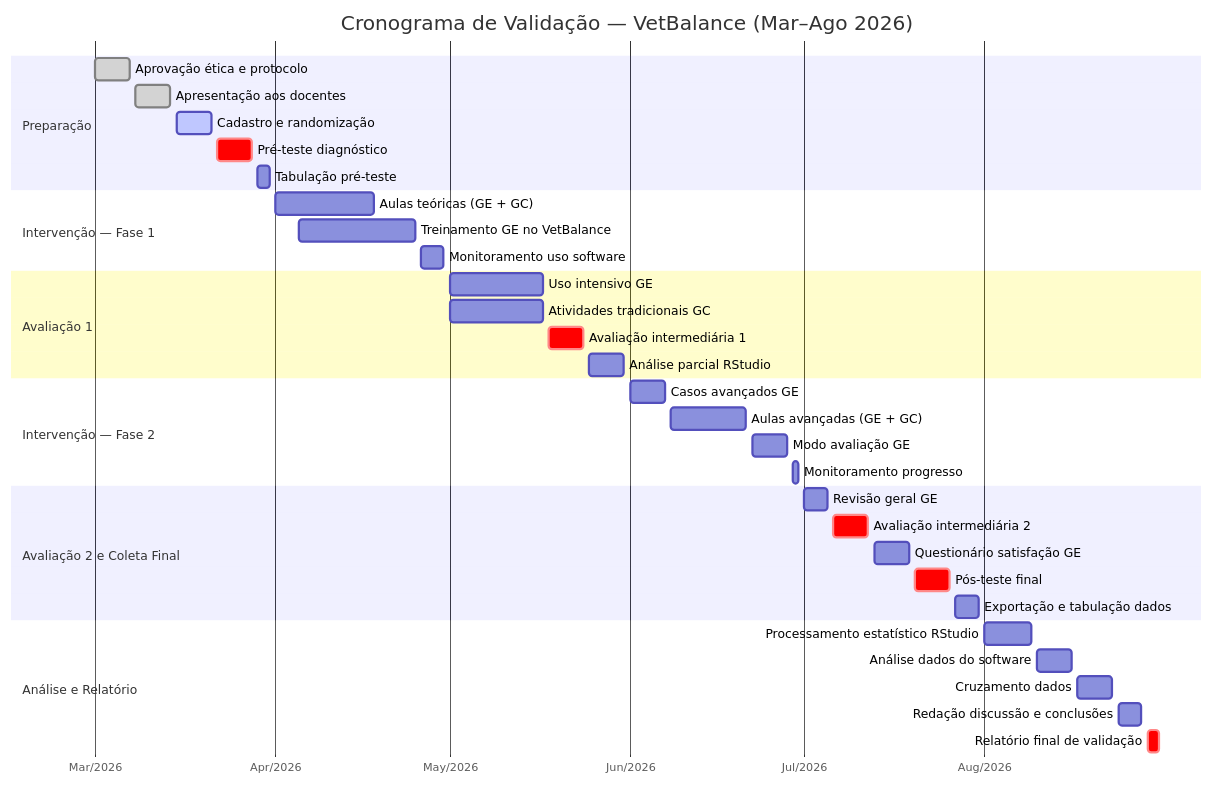
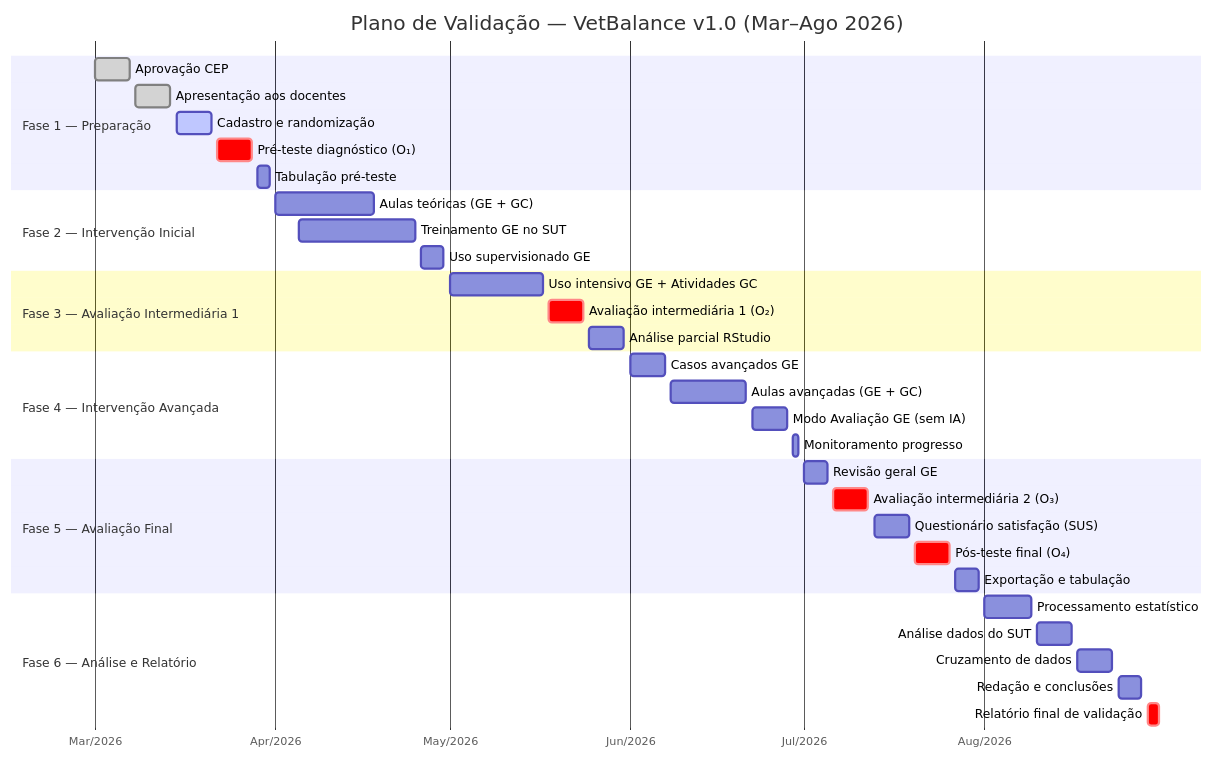
The diagram in CRONOGRAMA_VALIDACAO.md (KyoFaBraL/vet-sim-buddy), drawn with Mermaid before and after one commit. The commit also changed other lines of this file, not shown here.

````diff
--- a/CRONOGRAMA_VALIDACAO.md
+++ b/CRONOGRAMA_VALIDACAO.md
@@ -173,44 +271,43 @@
 ```mermaid
 gantt
-    title Cronograma de Validação — VetBalance (Mar–Ago 2026)
+    title Plano de Validação — VetBalance v1.0 (Mar–Ago 2026)
     dateFormat  YYYY-MM-DD
     axisFormat  %b/%Y
 
-    section Preparação
-    Aprovação ética e protocolo       :done, prep1, 2026-03-01, 2026-03-07
-    Apresentação aos docentes         :done, prep2, 2026-03-08, 2026-03-14
-    Cadastro e randomização           :active, prep3, 2026-03-15, 2026-03-21
-    Pré-teste diagnóstico             :crit, pre1, 2026-03-22, 2026-03-28
-    Tabulação pré-teste               :prep4, 2026-03-29, 2026-03-31
+    section Fase 1 — Preparação
+    Aprovação CEP                     :done, f1a, 2026-03-01, 2026-03-07
+    Apresentação aos docentes         :done, f1b, 2026-03-08, 2026-03-14
+    Cadastro e randomização           :active, f1c, 2026-03-15, 2026-03-21
+    Pré-teste diagnóstico (O₁)       :crit, f1d, 2026-03-22, 2026-03-28
+    Tabulação pré-teste               :f1e, 2026-03-29, 2026-03-31
 
-    section Intervenção — Fase 1
-    Aulas teóricas (GE + GC)          :aula1, 2026-04-01, 2026-04-18
-    Treinamento GE no VetBalance      :ge1, 2026-04-05, 2026-04-25
-    Monitoramento uso software        :mon1, 2026-04-26, 2026-04-30
+    section Fase 2 — Intervenção Inicial
+    Aulas teóricas (GE + GC)          :f2a, 2026-04-01, 2026-04-18
+    Treinamento GE no SUT             :f2b, 2026-04-05, 2026-04-25
+    Uso supervisionado GE             :f2c, 2026-04-26, 2026-04-30
 
-    section Avaliação 1
-    Uso intensivo GE                  :ge2, 2026-05-01, 2026-05-17
-    Atividades tradicionais GC        :gc1, 2026-05-01, 2026-05-17
-    Avaliação intermediária 1         :crit, av1, 2026-05-18, 2026-05-24
-    Análise parcial RStudio           :ana1, 2026-05-25, 2026-05-31
+    section Fase 3 — Avaliação Intermediária 1
+    Uso intensivo GE + Atividades GC  :f3a, 2026-05-01, 2026-05-17
+    Avaliação intermediária 1 (O₂)   :crit, f3b, 2026-05-18, 2026-05-24
+    Análise parcial RStudio           :f3c, 2026-05-25, 2026-05-31
 
-    section Intervenção — Fase 2
-    Casos avançados GE                :ge3, 2026-06-01, 2026-06-07
-    Aulas avançadas (GE + GC)         :aula2, 2026-06-08, 2026-06-21
-    Modo avaliação GE                 :ge4, 2026-06-22, 2026-06-28
-    Monitoramento progresso           :mon2, 2026-06-29, 2026-06-30
+    section Fase 4 — Intervenção Avançada
+    Casos avançados GE                :f4a, 2026-06-01, 2026-06-07
+    Aulas avançadas (GE + GC)         :f4b, 2026-06-08, 2026-06-21
+    Modo Avaliação GE (sem IA)        :f4c, 2026-06-22, 2026-06-28
+    Monitoramento progresso           :f4d, 2026-06-29, 2026-06-30
 
-    section Avaliação 2 e Coleta Final
-    Revisão geral GE                  :ge5, 2026-07-01, 2026-07-05
-    Avaliação intermediária 2         :crit, av2, 2026-07-06, 2026-07-12
-    Questionário satisfação GE        :quest, 2026-07-13, 2026-07-19
-    Pós-teste final                   :crit, pos1, 2026-07-20, 2026-07-26
-    Exportação e tabulação dados      :exp1, 2026-07-27, 2026-07-31
+    section Fase 5 — Avaliação Final
+    Revisão geral GE                  :f5a, 2026-07-01, 2026-07-05
+    Avaliação intermediária 2 (O₃)   :crit, f5b, 2026-07-06, 2026-07-12
+    Questionário satisfação (SUS)     :f5c, 2026-07-13, 2026-07-19
+    Pós-teste final (O₄)             :crit, f5d, 2026-07-20, 2026-07-26
+    Exportação e tabulação            :f5e, 2026-07-27, 2026-07-31
 
-    section Análise e Relatório
-    Processamento estatístico RStudio :ana2, 2026-08-01, 2026-08-09
-    Análise dados do software         :ana3, 2026-08-10, 2026-08-16
-    Cruzamento dados                  :ana4, 2026-08-17, 2026-08-23
-    Redação discussão e conclusões    :red1, 2026-08-24, 2026-08-28
-    Relatório final de validação      :crit, rel1, 2026-08-29, 2026-08-31
+    section Fase 6 — Análise e Relatório
+    Processamento estatístico         :f6a, 2026-08-01, 2026-08-09
+    Análise dados do SUT              :f6b, 2026-08-10, 2026-08-16
+    Cruzamento de dados               :f6c, 2026-08-17, 2026-08-23
+    Redação e conclusões              :f6d, 2026-08-24, 2026-08-28
+    Relatório final de validação      :crit, f6e, 2026-08-29, 2026-08-31
 ```
````
